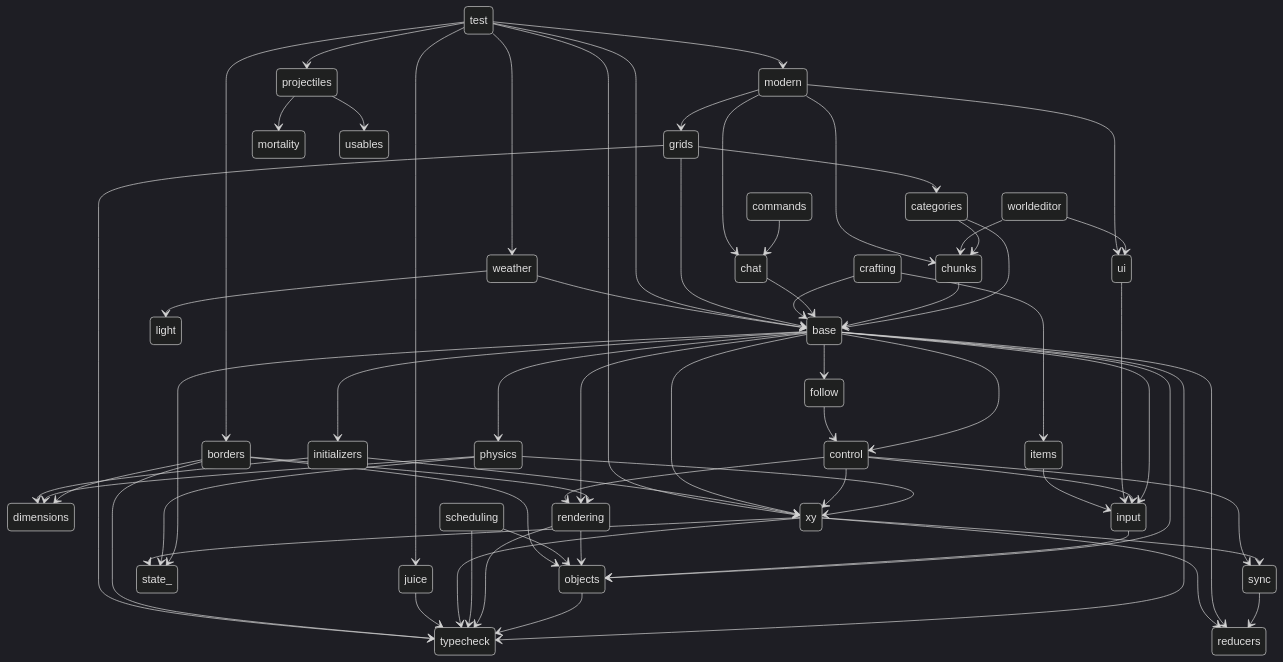
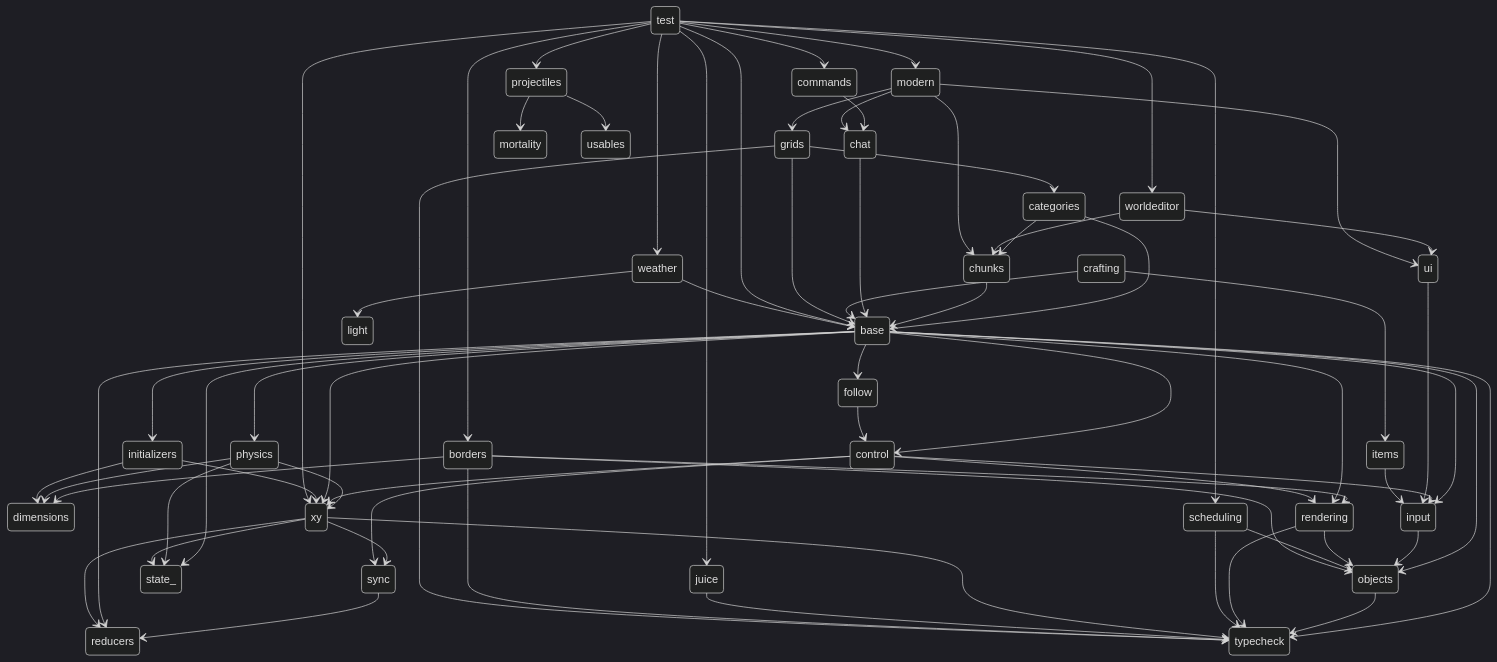
The third of 3 diagrams in no_versioning.md (pakeke-constructor/ideas), drawn with Mermaid (dark theme) before and after one commit.

Commit message:
added edges back

````diff
--- a/no_versioning.md
+++ b/no_versioning.md
@@ -167,5 +167,9 @@
     test --> modern
     test --> projectiles
 
+    test --> scheduling
+    test --> commands
+    test --> worldeditor
+
 
 ```
````
